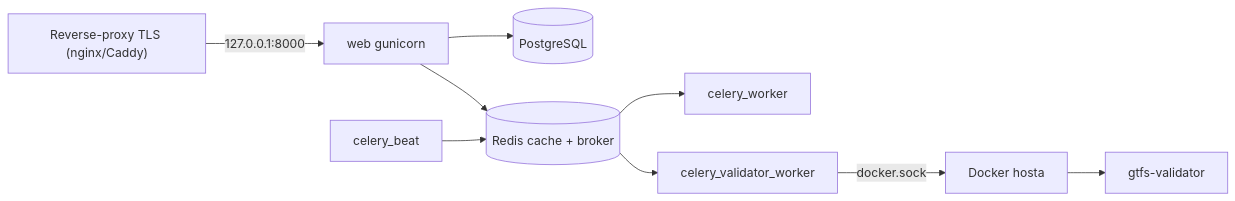
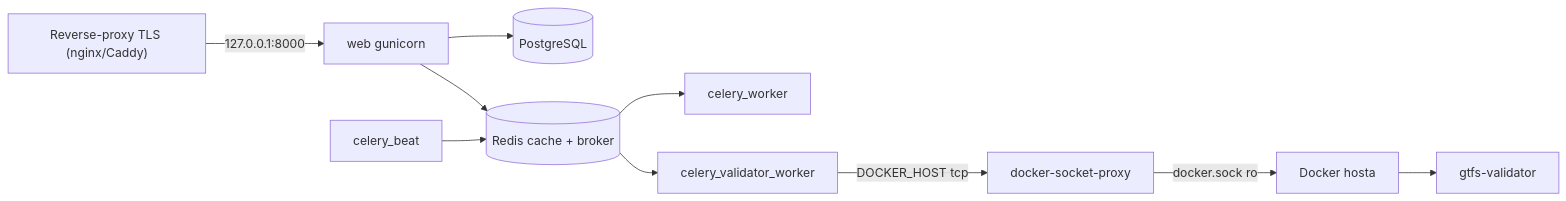
Before and after one commit to jotazet/OtwarteDaneTransportowe-backend: the diagram in DEPLOYMENT.md, drawn with Mermaid. The commit also changed other lines of this file and 3 other files, not shown here.

First line of the commit message:
Isolate the host Docker socket behind docker-socket-proxy

````diff
--- a/DEPLOYMENT.md
+++ b/DEPLOYMENT.md
@@ -54,11 +55,12 @@
 ```mermaid
 flowchart LR
   proxy["Reverse-proxy TLS (nginx/Caddy)"] -->|"127.0.0.1:8000"| web[web gunicorn]
   web --> pg[(PostgreSQL)]
   web --> redis[(Redis cache + broker)]
   beat[celery_beat] --> redis
   redis --> worker[celery_worker]
   redis --> vworker[celery_validator_worker]
-  vworker -->|docker.sock| host[Docker hosta]
+  vworker -->|DOCKER_HOST tcp| sockproxy[docker-socket-proxy]
+  sockproxy -->|docker.sock ro| host[Docker hosta]
   host --> gtfs[gtfs-validator]
 ```
````
